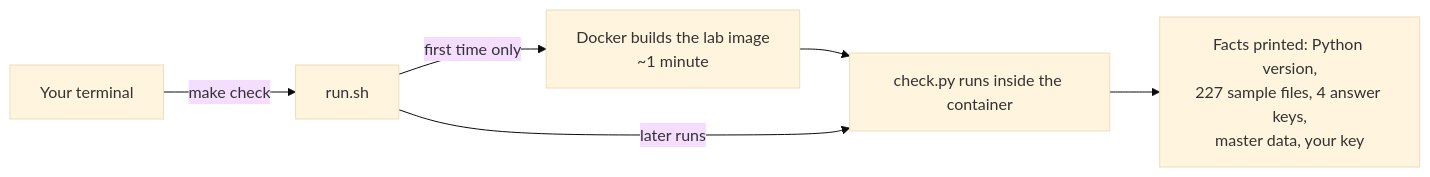
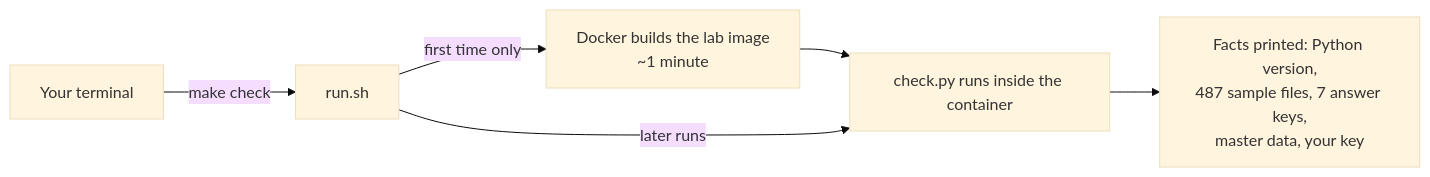
The second of 2 diagrams in README.md (tirumani-ai/clear_rail_fde), drawn with Mermaid (base theme) before and after one commit. The commit also changed other lines of this file and 607 other files, not shown here.

````diff
--- a/README.md
+++ b/README.md
@@ -44,8 +52,8 @@
 ```mermaid
 flowchart LR
     T[Your terminal] -->|make check| R[run.sh]
     R -->|first time only| B[Docker builds the lab image<br/>~1 minute]
     B --> C[check.py runs inside the container]
     R -->|later runs| C
-    C --> F[Facts printed: Python version,<br/>227 sample files, 4 answer keys,<br/>master data, your key]
+    C --> F[Facts printed: Python version,<br/>487 sample files, 7 answer keys,<br/>master data, your key]
 ```
````
